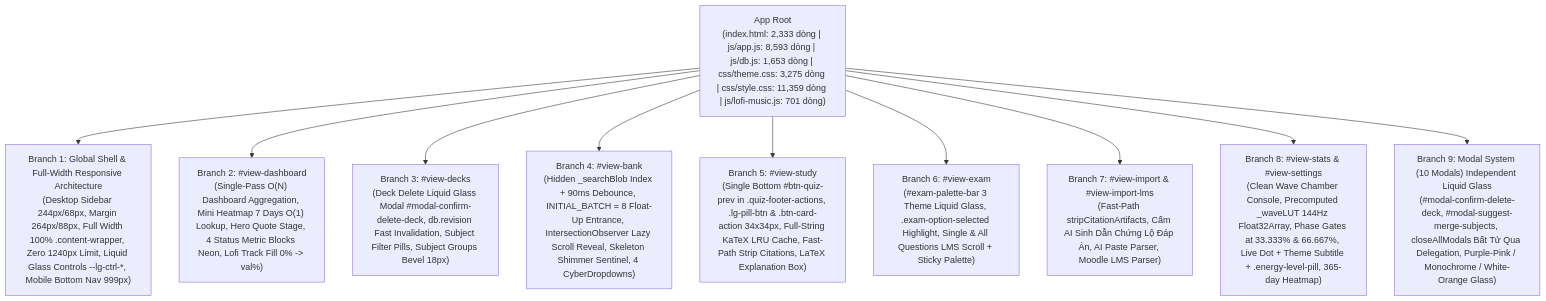
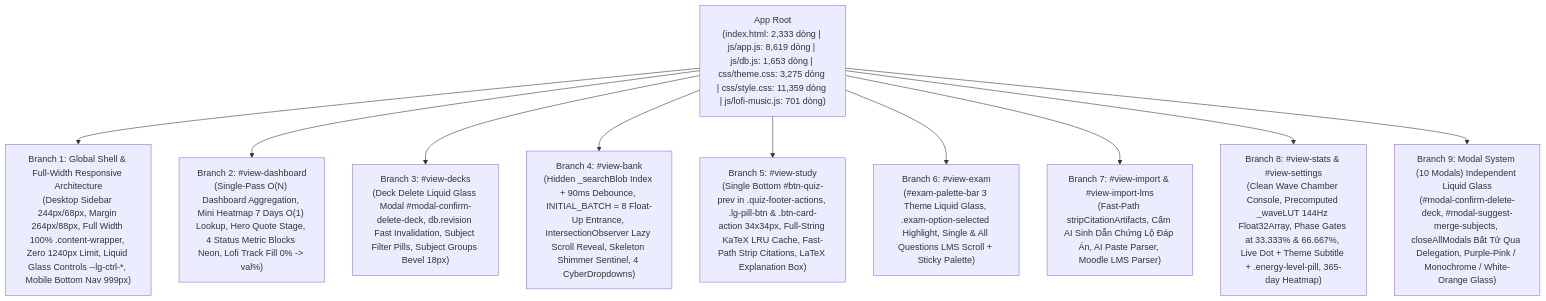
Before and after one commit to longcrpuen/tinhminhlaki: the first of 2 diagrams in docs/ARCHITECTURE_GRAPH.md, drawn with Mermaid. The commit also changed other lines of this file and 10 other files, not shown here.

````diff
--- a/docs/ARCHITECTURE_GRAPH.md
+++ b/docs/ARCHITECTURE_GRAPH.md
@@ -15,14 +15,14 @@
 ```mermaid
 graph TD
-    Root["App Root<br/>(index.html: 2,333 dòng | js/app.js: 8,593 dòng | js/db.js: 1,653 dòng | css/theme.css: 3,275 dòng | css/style.css: 11,359 dòng | js/lofi-music.js: 701 dòng)"]
+    Root["App Root<br/>(index.html: 2,333 dòng | js/app.js: 8,619 dòng | js/db.js: 1,653 dòng | css/theme.css: 3,275 dòng | css/style.css: 11,359 dòng | js/lofi-music.js: 701 dòng)"]
 
     Root --> B1["Branch 1: Global Shell & Full-Width Responsive Architecture<br/>(Desktop Sidebar 244px/68px, Margin 264px/88px, Full Width 100% .content-wrapper, Zero 1240px Limit, Liquid Glass Controls --lg-ctrl-*, Mobile Bottom Nav 999px)"]
     Root --> B2["Branch 2: #view-dashboard<br/>(Single-Pass O(N) Dashboard Aggregation, Mini Heatmap 7 Days O(1) Lookup, Hero Quote Stage, 4 Status Metric Blocks Neon, Lofi Track Fill 0% -> val%)"]
     Root --> B3["Branch 3: #view-decks<br/>(Deck Delete Liquid Glass Modal #modal-confirm-delete-deck, db.revision Fast Invalidation, Subject Filter Pills, Subject Groups Bevel 18px)"]
     Root --> B4["Branch 4: #view-bank<br/>(Hidden _searchBlob Index + 90ms Debounce, INITIAL_BATCH = 8 Float-Up Entrance, IntersectionObserver Lazy Scroll Reveal, Skeleton Shimmer Sentinel, 4 CyberDropdowns)"]
     Root --> B5["Branch 5: #view-study<br/>(Single Bottom #btn-quiz-prev in .quiz-footer-actions, .lg-pill-btn & .btn-card-action 34x34px, Full-String KaTeX LRU Cache, Fast-Path Strip Citations, LaTeX Explanation Box)"]
     Root --> B6["Branch 6: #view-exam<br/>(#exam-palette-bar 3 Theme Liquid Glass, .exam-option-selected Highlight, Single & All Questions LMS Scroll + Sticky Palette)"]
     Root --> B7["Branch 7: #view-import & #view-import-lms<br/>(Fast-Path stripCitationArtifacts, Cấm AI Sinh Dẫn Chứng Lộ Đáp Án, AI Paste Parser, Moodle LMS Parser)"]
     Root --> B8["Branch 8: #view-stats & #view-settings<br/>(Clean Wave Chamber Console, Precomputed _waveLUT 144Hz Float32Array, Phase Gates at 33.333% & 66.667%, Live Dot + Theme Subtitle + .energy-level-pill, 365-day Heatmap)"]
     Root --> B9["Branch 9: Modal System (10 Modals) Independent Liquid Glass<br/>(#modal-confirm-delete-deck, #modal-suggest-merge-subjects, closeAllModals Bất Tử Qua Delegation, Purple-Pink / Monochrome / White-Orange Glass)"]
 ```
````
